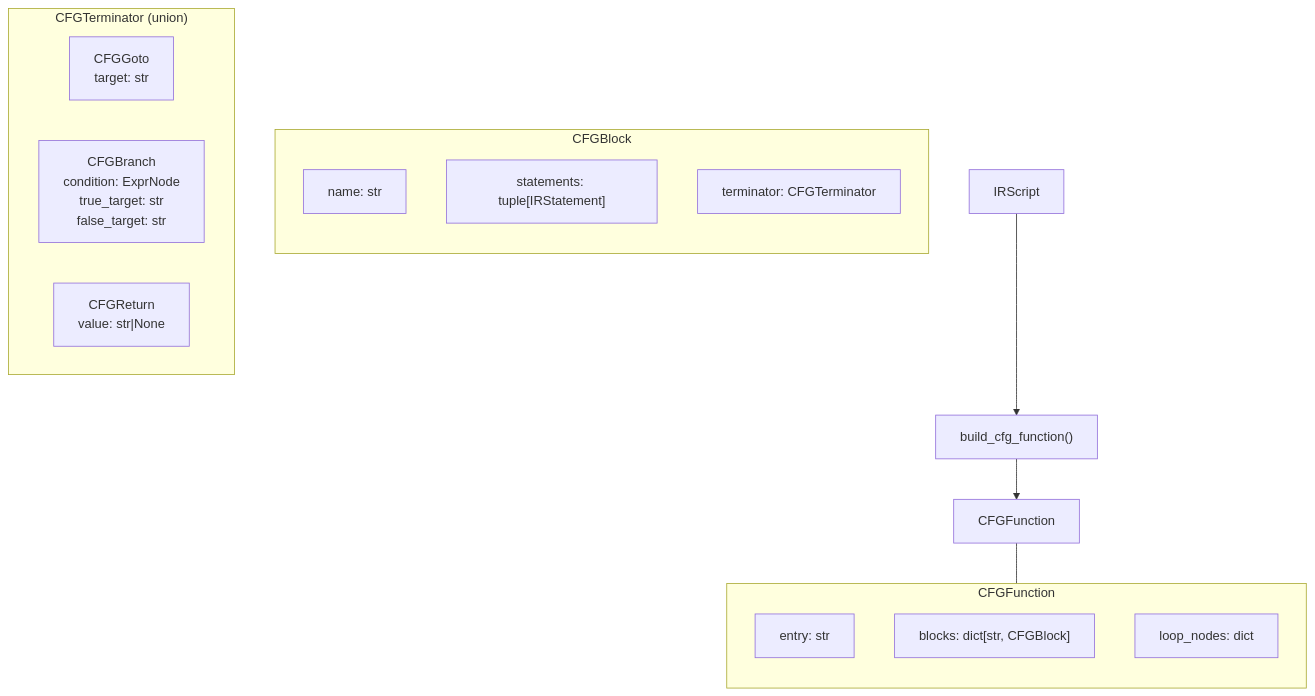
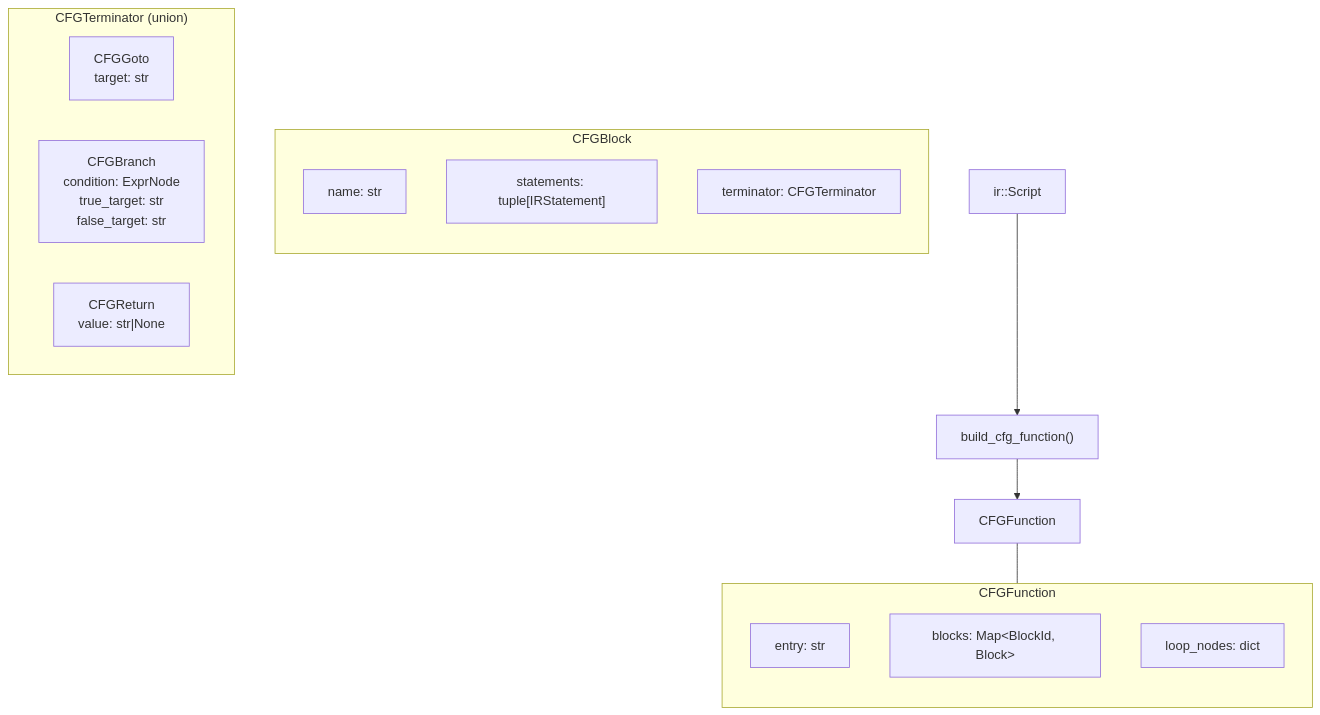
One commit to bitwisecook/tcl-lsp changed the eighth of 20 diagrams in docs/design/compiler-architecture.md. Above: the diagram before and after it, drawn with Mermaid. The commit also changed other lines of this file and 66 other files, not shown here.

````diff
--- a/docs/design/compiler-architecture.md
+++ b/docs/design/compiler-architecture.md
@@ -374,28 +374,28 @@
 ```mermaid
 flowchart TD
-    IR["IRScript"] --> BUILD["build_cfg_function()"]
+    IR["ir::Script"] --> BUILD["build_cfg_function()"]
     BUILD --> FN["CFGFunction"]
 
     subgraph CFGFunction
         direction TB
         EN["entry: str"]
-        BL["blocks: dict[str, CFGBlock]"]
+        BL["blocks: Map&lt;BlockId, Block&gt;"]
         LN["loop_nodes: dict"]
     end
 
     FN --- CFGFunction
 
     subgraph CFGBlock
         direction TB
         NM["name: str"]
         ST["statements: tuple[IRStatement]"]
         TM["terminator: CFGTerminator"]
     end
 
     subgraph CFGTerminator["CFGTerminator (union)"]
         direction LR
         GT["CFGGoto<br/>target: str"]
         BR["CFGBranch<br/>condition: ExprNode<br/>true_target: str<br/>false_target: str"]
         RT["CFGReturn<br/>value: str|None"]
     end
 ```
````
